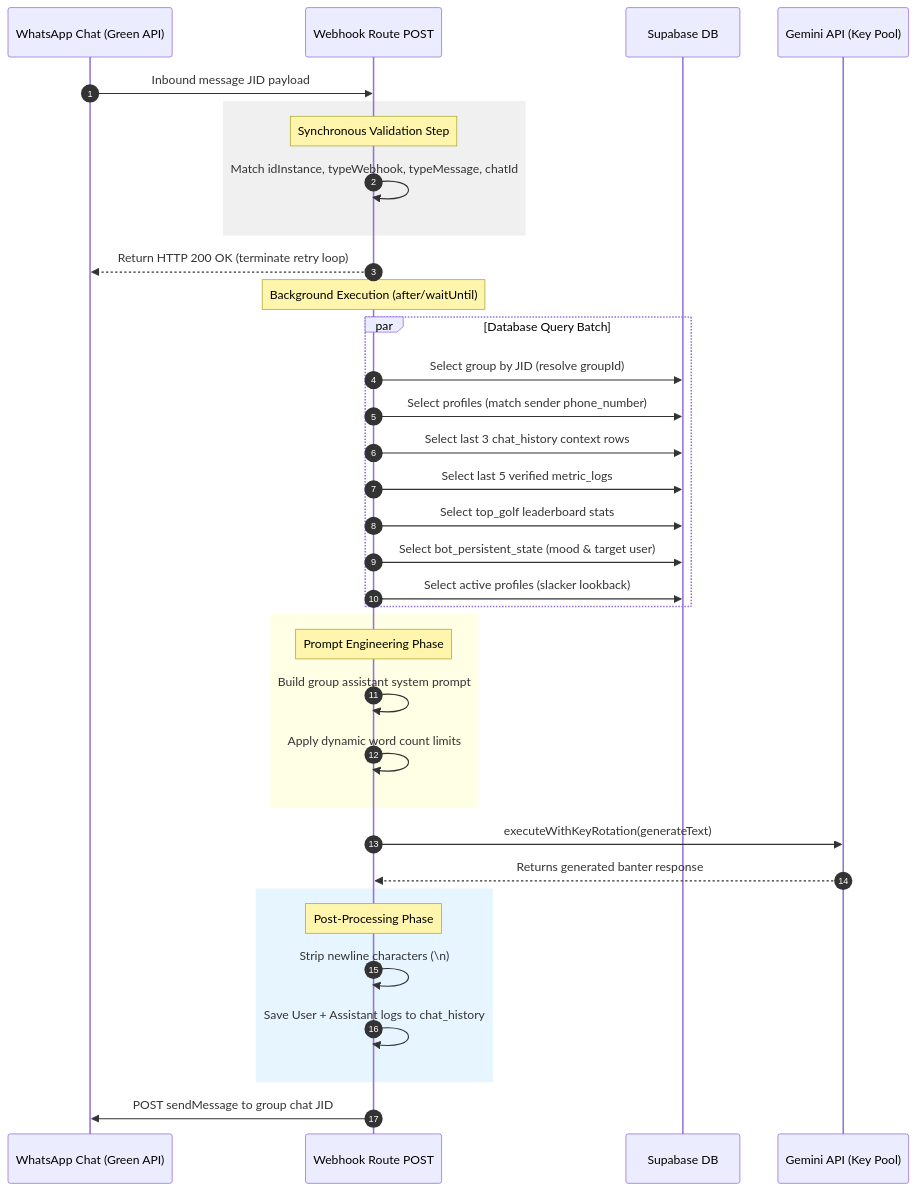
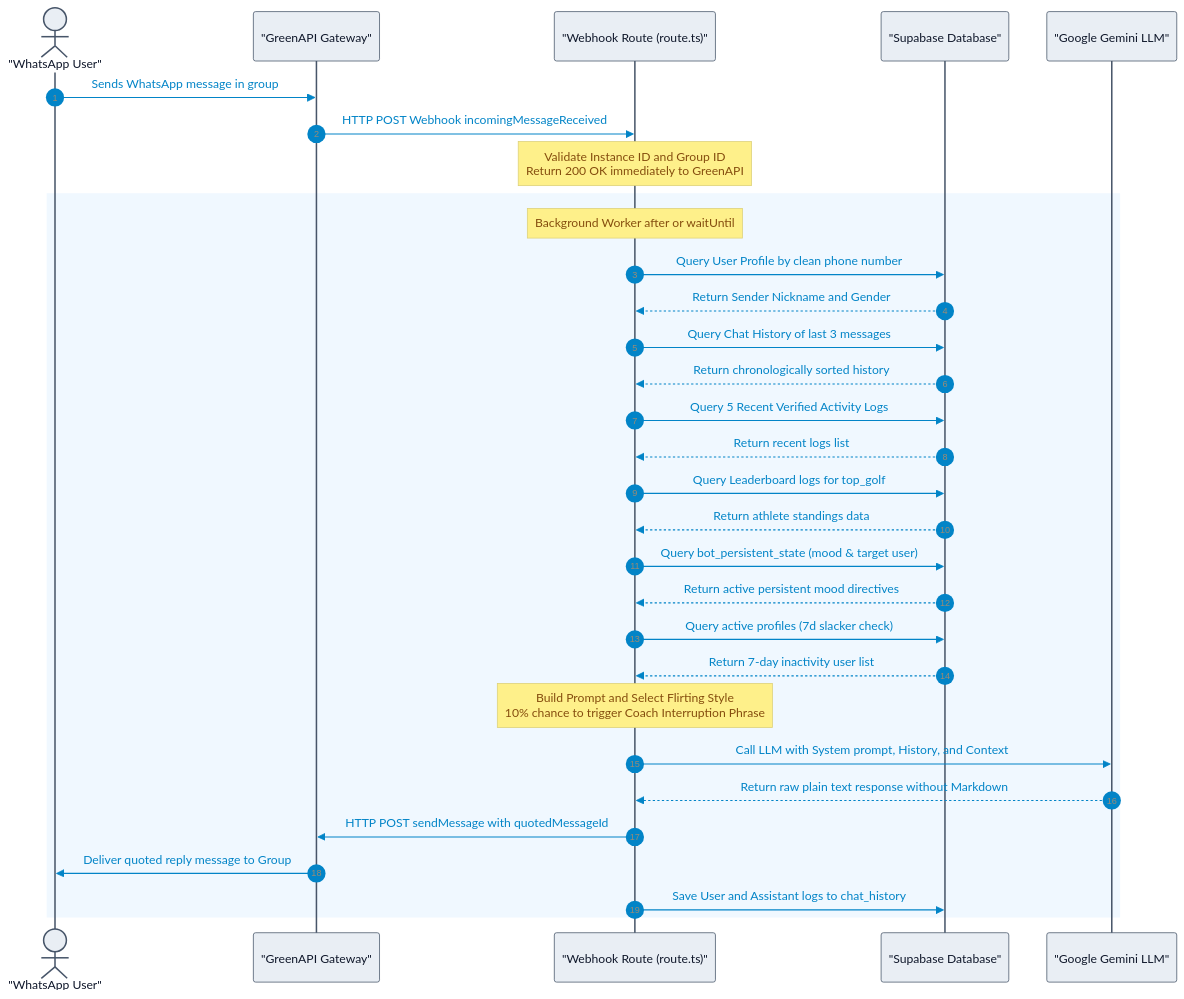
Before and after one commit to nithinkotha6/thegrowthclub: the first of 3 diagrams in docs/Master-Docs/05_Whatsapp_Agent.md, drawn with Mermaid. The commit also changed other lines of this file and 5 other files, not shown here.

````diff
--- a/docs/Master-Docs/05_Whatsapp_Agent.md
+++ b/docs/Master-Docs/05_Whatsapp_Agent.md
@@ -48,43 +16,45 @@
 ```mermaid
+%%{init: { 'theme': 'base', 'themeVariables': { 'primaryColor': '#83a3c3ff', 'primaryTextColor': '#253a6bff', 'lineColor': '#64748B', 'actorBkg': '#e9eef4ff', 'actorBorder': '#475569', 'actorTextColor': '#0F172A', 'signalColor': '#0284C7', 'signalTextColor': '#0284C7', 'noteBkgColor': '#FEF08A', 'noteTextColor': '#854D0E', 'rectBkgColor': '#deeae1ff', 'rectBorderColor': '#86EFAC' }}}%%
 sequenceDiagram
     autonumber
-    participant WA as WhatsApp Chat (Green API)
-    participant Webhook as Webhook Route POST
-    participant DB as Supabase DB
-    participant Gemini as Gemini API (Key Pool)
-
-    WA->>Webhook: Inbound message JID payload
-    rect rgb(240, 240, 240)
-        Note over Webhook: Synchronous Validation Step
-        Webhook->>Webhook: Match idInstance, typeWebhook, typeMessage, chatId
+    actor User as "WhatsApp User"
+    participant Green as "GreenAPI Gateway"
+    participant Webhook as "Webhook Route (route.ts)"
+    participant DB as "Supabase Database"
+    participant Gemini as "Google Gemini LLM"
+    
+    User->>Green: Sends WhatsApp message in group
+    Green->>Webhook: HTTP POST Webhook incomingMessageReceived
+    Note over Webhook: Validate Instance ID and Group ID<br/>Return 200 OK immediately to GreenAPI
+    
+    rect rgb(240, 248, 255)
+        Note over Webhook: Background Worker after or waitUntil
+        Webhook->>DB: Query User Profile by clean phone number
+        DB-->>Webhook: Return Sender Nickname and Gender
+        
+        Webhook->>DB: Query Chat History of last 3 messages
+        DB-->>Webhook: Return chronologically sorted history
+        
+        Webhook->>DB: Query 5 Recent Verified Activity Logs
+        DB-->>Webhook: Return recent logs list
+        
+        Webhook->>DB: Query Leaderboard logs for top_golf
+        DB-->>Webhook: Return athlete standings data
+        
+        Webhook->>DB: Query bot_persistent_state (mood & target user)
+        DB-->>Webhook: Return active persistent mood directives
+        
+        Webhook->>DB: Query active profiles (7d slacker check)
+        DB-->>Webhook: Return 7-day inactivity user list
+        
+        Note over Webhook: Build Prompt and Select Flirting Style<br/>10% chance to trigger Coach Interruption Phrase
+        
+        Webhook->>Gemini: Call LLM with System prompt, History, and Context
+        Gemini-->>Webhook: Return raw plain text response without Markdown
+        
+        Webhook->>Green: HTTP POST sendMessage with quotedMessageId
+        Green->>User: Deliver quoted reply message to Group
+        
+        Webhook->>DB: Save User and Assistant logs to chat_history
     end
-    Webhook-->>WA: Return HTTP 200 OK (terminate retry loop)
-
-    Note over Webhook: Background Execution (after/waitUntil)
-    par Database Query Batch
-        Webhook->>DB: Select group by JID (resolve groupId)
-        Webhook->>DB: Select profiles (match sender phone_number)
-        Webhook->>DB: Select last 3 chat_history context rows
-        Webhook->>DB: Select last 5 verified metric_logs
-        Webhook->>DB: Select top_golf leaderboard stats
-        Webhook->>DB: Select bot_persistent_state (mood & target user)
-        Webhook->>DB: Select active profiles (slacker lookback)
-    end
-
-    rect rgb(255, 255, 230)
-        Note over Webhook: Prompt Engineering Phase
-        Webhook->>Webhook: Build group assistant system prompt
-        Webhook->>Webhook: Apply dynamic word count limits
-    end
-
-    Webhook->>Gemini: executeWithKeyRotation(generateText)
-    Gemini-->>Webhook: Returns generated banter response
-
-    rect rgb(230, 245, 255)
-        Note over Webhook: Post-Processing Phase
-        Webhook->>Webhook: Strip newline characters (\n)
-        Webhook->>Webhook: Save User + Assistant logs to chat_history
-    end
-
-    Webhook->>WA: POST sendMessage to group chat JID
 ```
````
